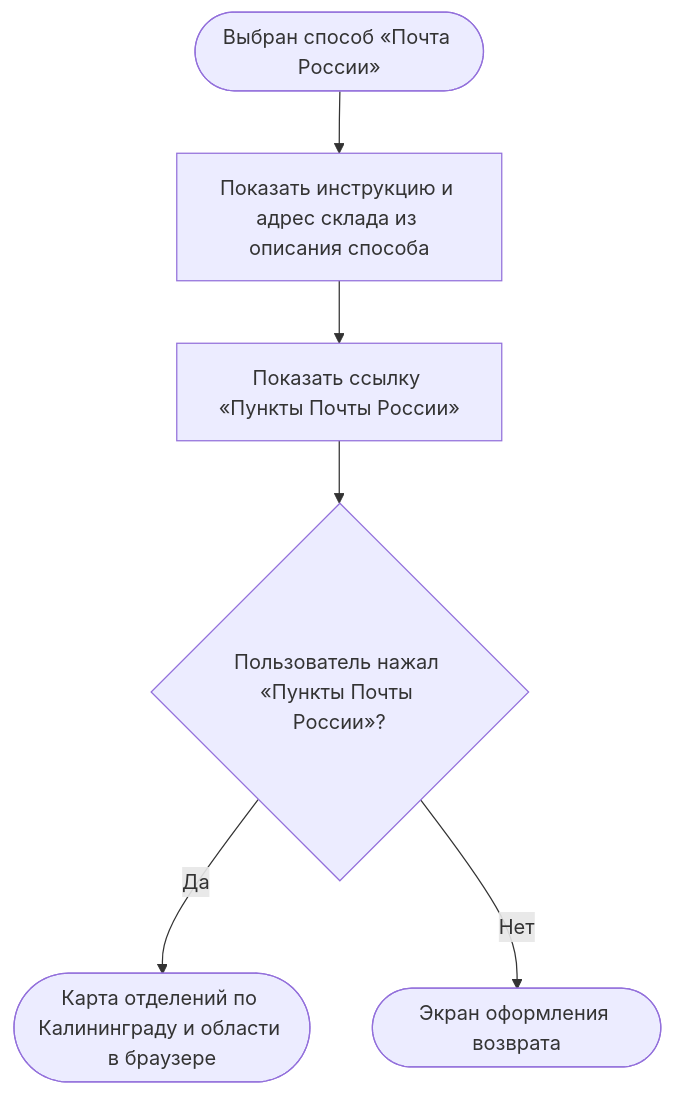
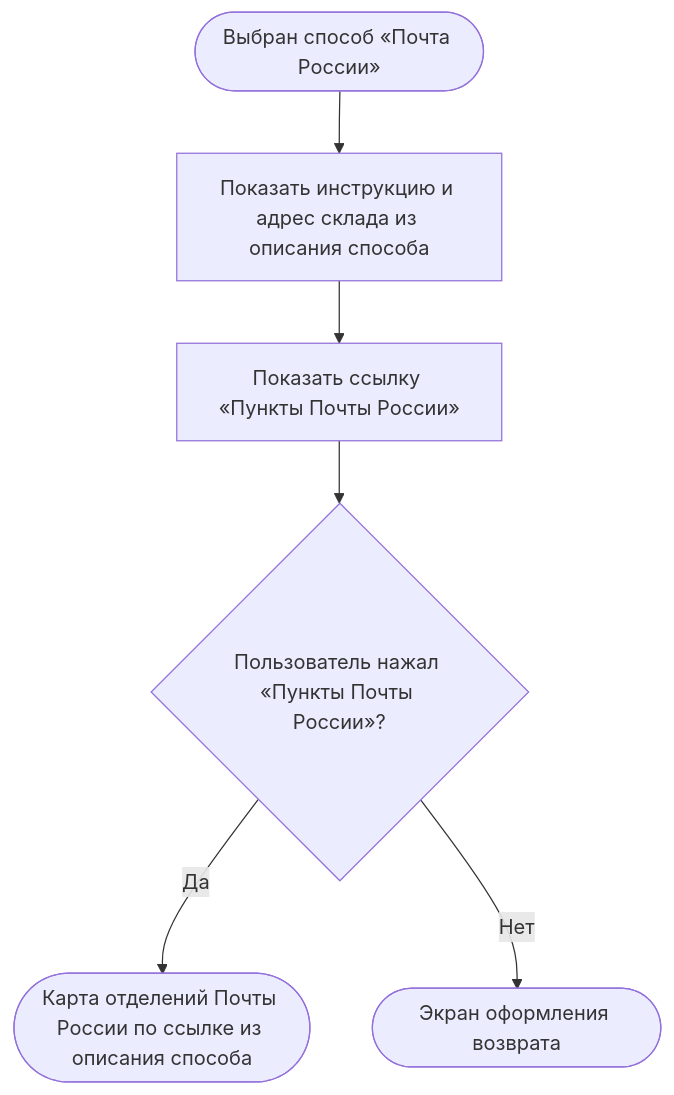
One commit to Terinss155/opencode-agents-analysis changed diagram 13 of 21 in projects/returns-2.0/requirements/srs/srs-mobile-mvp.md. Above: the diagram before and after it, drawn with Mermaid. The commit also changed other lines of this file and 6 other files, not shown here.

````diff
--- a/projects/returns-2.0/requirements/srs/srs-mobile-mvp.md
+++ b/projects/returns-2.0/requirements/srs/srs-mobile-mvp.md
@@ -834,8 +862,8 @@
 ```mermaid
 flowchart TD
     S([Выбран способ «Почта России»]) --> A["Показать инструкцию и адрес склада из описания способа"]
     A --> A1["Показать ссылку «Пункты Почты России»"]
     A1 --> B{"Пользователь нажал «Пункты Почты России»?"}
-    B -->|Да| B1(["Карта отделений по Калининграду и области в браузере"])
+    B -->|Да| B1(["Карта отделений Почты России по ссылке из описания способа"])
     B -->|Нет| Z([Экран оформления возврата])
 ```
````
